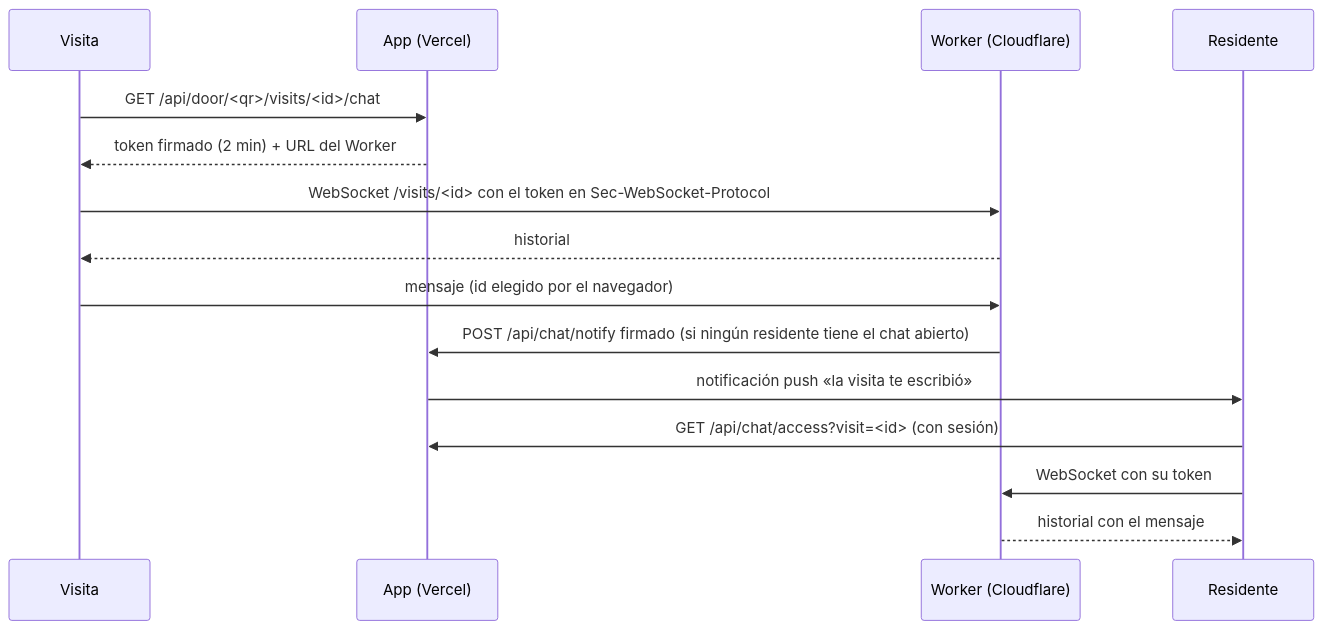
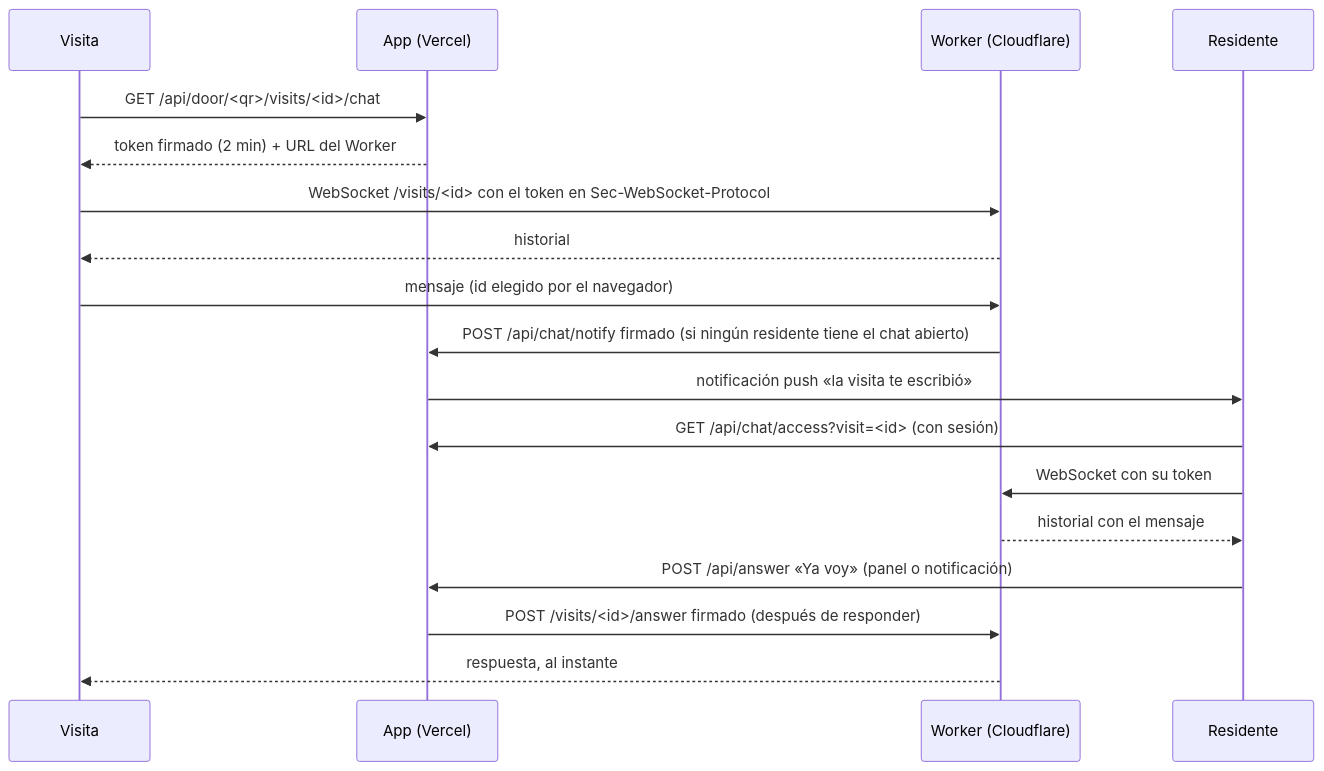
Before and after one commit to guidomodarelli/ringgg.: the diagram in docs/chat.md, drawn with Mermaid. The commit also changed other lines of this file and 17 other files, not shown here.

````diff
--- a/docs/chat.md
+++ b/docs/chat.md
@@ -7,17 +7,20 @@
 ```mermaid
 sequenceDiagram
   participant V as Visita
   participant A as App (Vercel)
   participant W as Worker (Cloudflare)
   participant R as Residente
   V->>A: GET /api/door/<qr>/visits/<id>/chat
   A-->>V: token firmado (2 min) + URL del Worker
   V->>W: WebSocket /visits/<id> con el token en Sec-WebSocket-Protocol
   W-->>V: historial
   V->>W: mensaje (id elegido por el navegador)
   W->>A: POST /api/chat/notify firmado (si ningún residente tiene el chat abierto)
   A->>R: notificación push «la visita te escribió»
   R->>A: GET /api/chat/access?visit=<id> (con sesión)
   R->>W: WebSocket con su token
   W-->>R: historial con el mensaje
+  R->>A: POST /api/answer «Ya voy» (panel o notificación)
+  A->>W: POST /visits/<id>/answer firmado (después de responder)
+  W-->>V: respuesta, al instante
 ```
````
